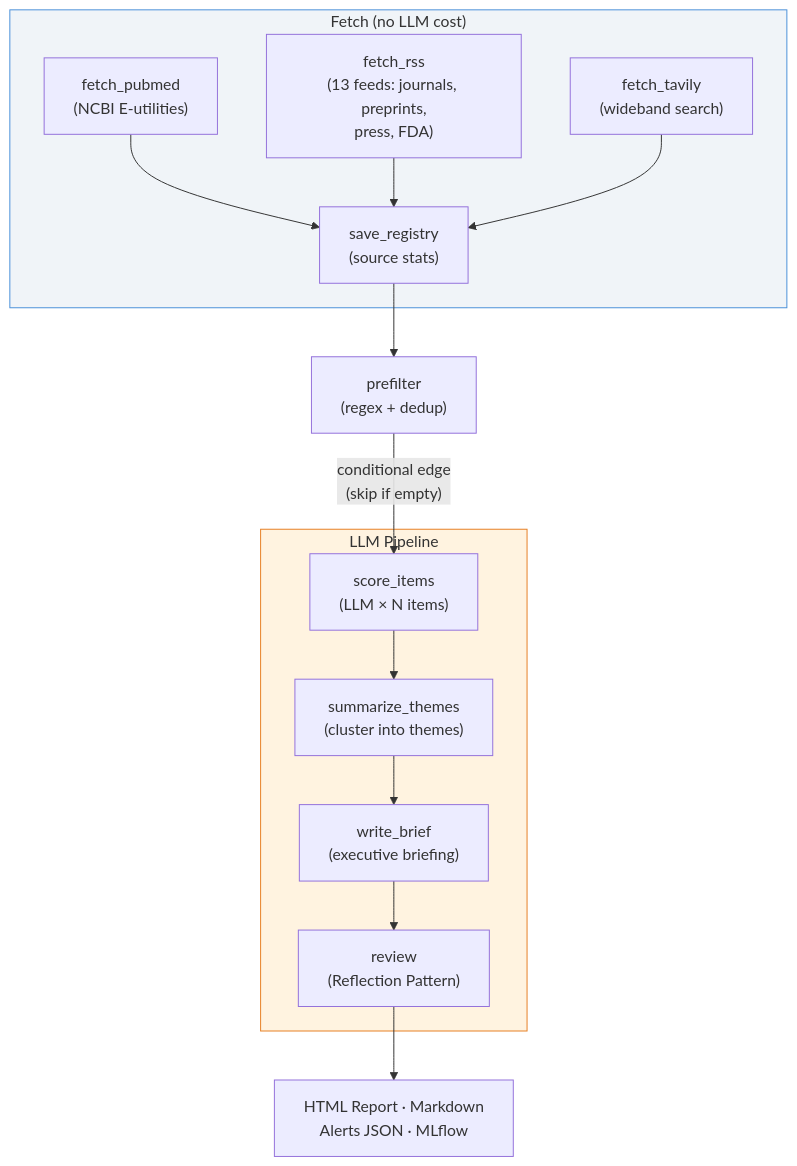
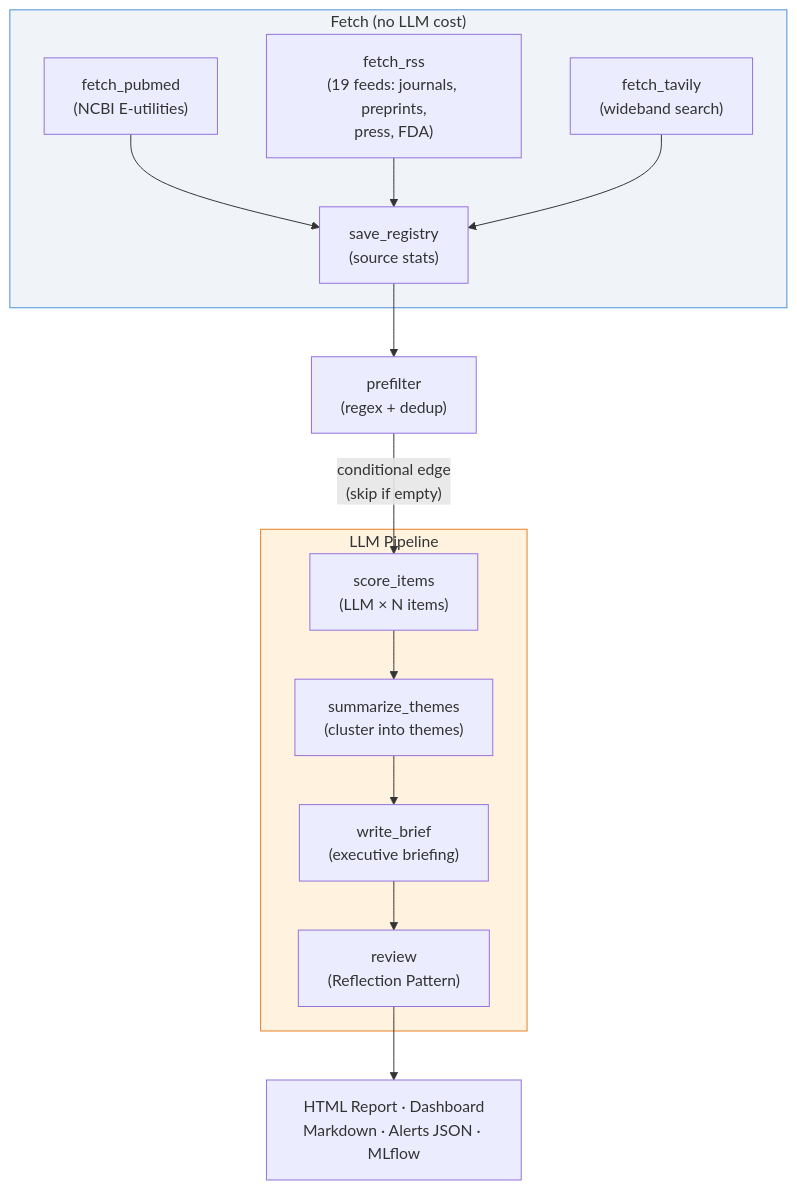
One commit to kgrajski/neurotech_newshound changed the diagram in README.md. Above: the diagram before and after it, drawn with Mermaid. The commit also changed other lines of this file and 11 other files, not shown here.

First line of the commit message:
Config-driven architecture, operational dashboard, branding

````diff
--- a/README.md
+++ b/README.md
@@ -29,23 +31,23 @@
 ```mermaid
 flowchart TD
     subgraph fetch ["Fetch (no LLM cost)"]
         A["fetch_pubmed<br>(NCBI E-utilities)"] --> D["save_registry<br>(source stats)"]
-        B["fetch_rss<br>(13 feeds: journals, preprints,<br>press, FDA)"] --> D
+        B["fetch_rss<br>(19 feeds: journals, preprints,<br>press, FDA)"] --> D
         C["fetch_tavily<br>(wideband search)"] --> D
     end
 
     D --> E["prefilter<br>(regex + dedup)"]
 
     E -->|"conditional edge<br>(skip if empty)"| F
 
     subgraph llm ["LLM Pipeline"]
         F["score_items<br>(LLM × N items)"] --> G["summarize_themes<br>(cluster into themes)"]
         G --> H["write_brief<br>(executive briefing)"]
         H --> I["review<br>(Reflection Pattern)"]
     end
 
-    I --> J["HTML Report · Markdown<br>Alerts JSON · MLflow"]
+    I --> J["HTML Report · Dashboard<br>Markdown · Alerts JSON · MLflow"]
 
     style fetch fill:#f0f4f8,stroke:#4a90d9
     style llm fill:#fff3e0,stroke:#e67e22
 ```
````
